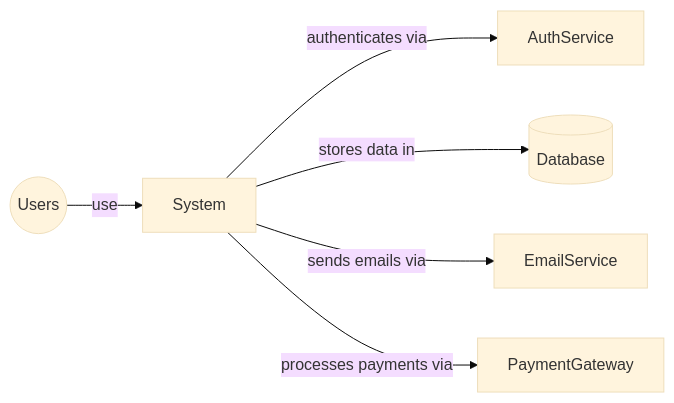
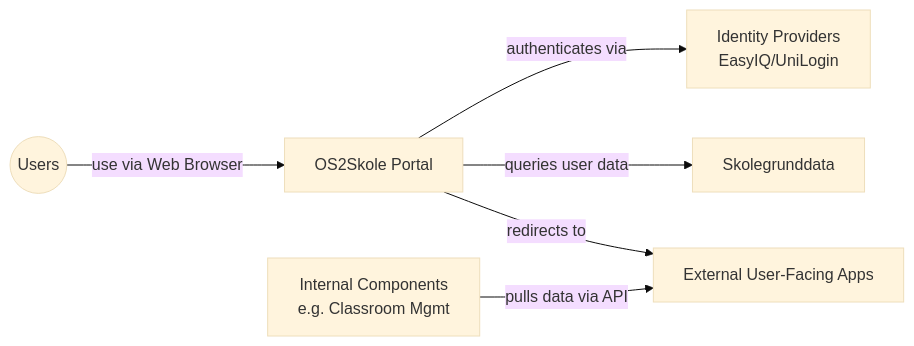
The diagram in docs/architecture-communication-canvas.md (0xf1e/os2skole-PoC), drawn with Mermaid (base theme) before and after one commit. The commit also changed other lines of this file, not shown here.

Commit message:
docs: add detailed OS2Skole architecture canvascontent

````diff
--- a/docs/architecture-communication-canvas.md
+++ b/docs/architecture-communication-canvas.md
@@ -22,8 +50,8 @@
 ```mermaid
  graph LR
-    Users((Users))-->|use|System
-    System-->|authenticates via|AuthService
-    System-->|stores data in|Database[(Database)]
-    System-->|sends emails via|EmailService
-    System-->|processes payments via|PaymentGateway
+    Users((Users))-->|use via Web Browser|Portal[OS2Skole Portal]
+    Portal-->|authenticates via|IdPs[Identity Providers<br/>EasyIQ/UniLogin]
+    Portal-->|queries user data|SkoleData[Skolegrunddata]
+    Portal-->|redirects to|ExtApps[External User-Facing Apps]
+    InternalComponents[Internal Components<br/>e.g. Classroom Mgmt]-->|pulls data via API|ExtApps
 ```
````
